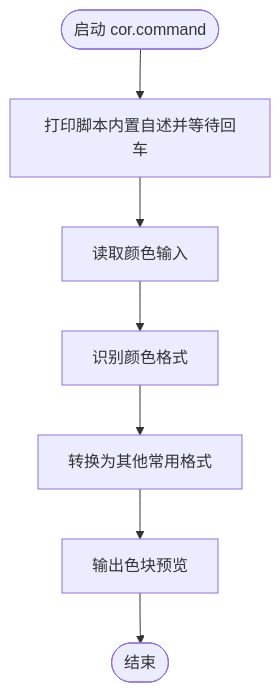
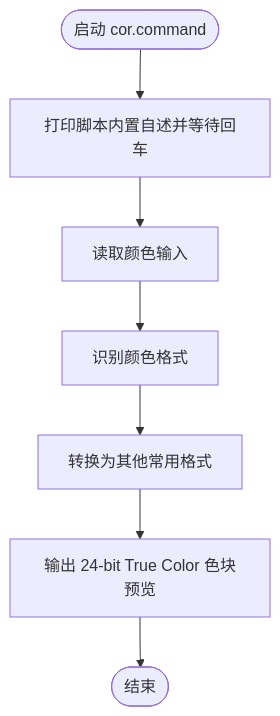
One commit to JobsKits/JobsMacEnvVarConfig changed the diagram in scripts/cor.command/README.md. Above: the diagram before and after it, drawn with Mermaid. The commit also changed other lines of this file and 1 other file, not shown here.

````diff
--- a/scripts/cor.command/README.md
+++ b/scripts/cor.command/README.md
@@ -32,16 +56,16 @@
 ```mermaid
 flowchart TD
     A([启动 cor.command])
     B[打印脚本内置自述并等待回车]
     A --> B
     C[读取颜色输入]
     B --> C
     D[识别颜色格式]
     C --> D
     E[转换为其他常用格式]
     D --> E
-    F[输出色块预览]
+    F[输出 24-bit True Color 色块预览]
     E --> F
     G([结束])
     F --> G
 ```
````
